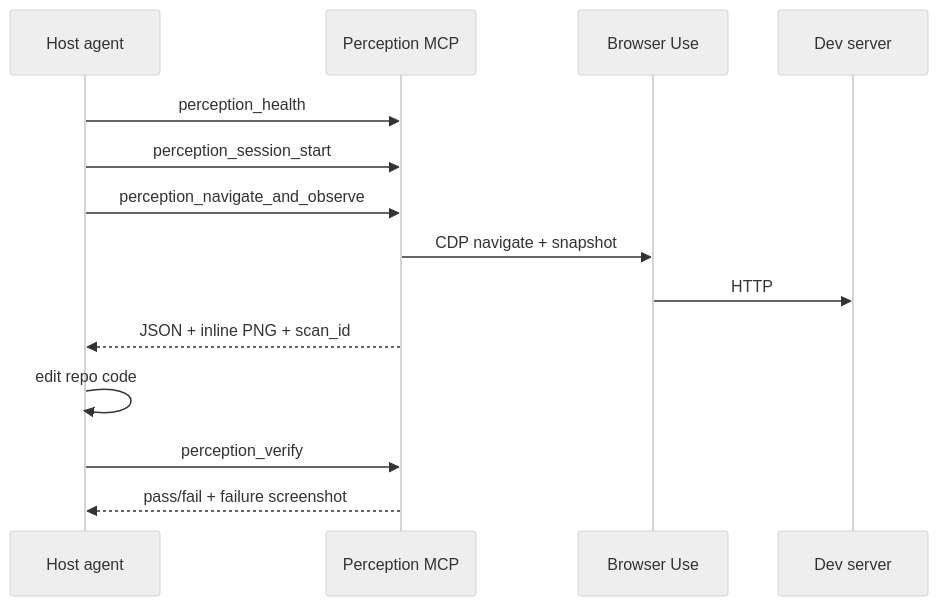
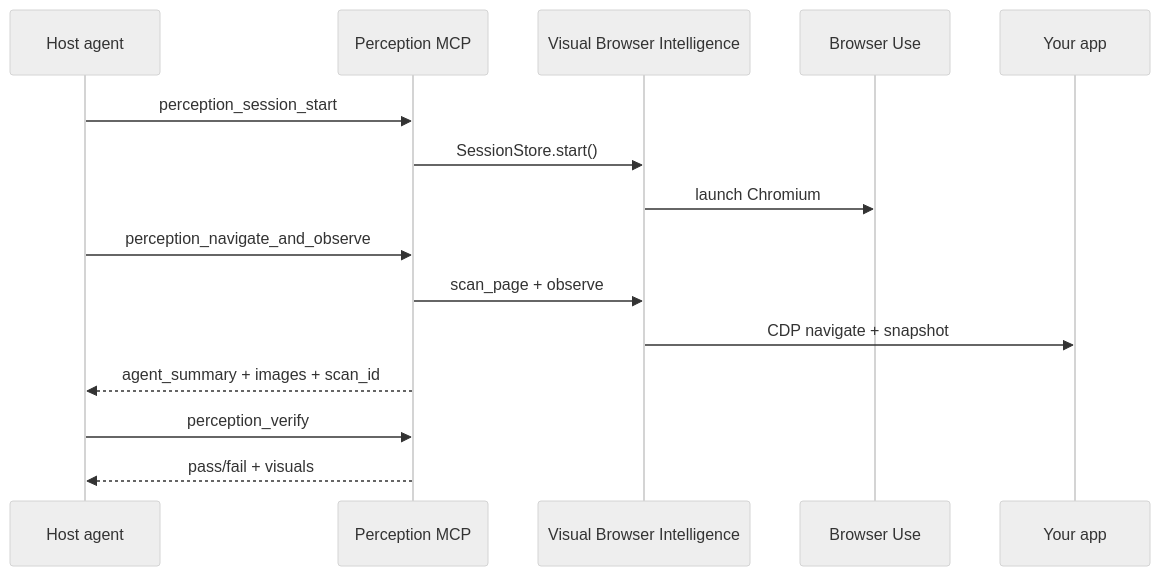
Before and after one commit to Usmansayed/frontend-mcp: the diagram in docs/architecture.md, drawn with Mermaid (neutral theme). The commit also changed other lines of this file and 157 other files, not shown here.

````diff
--- a/docs/architecture.md
+++ b/docs/architecture.md
@@ -76,17 +53,18 @@
 ```mermaid
 sequenceDiagram
     participant Agent as Host agent
     participant MCP as Perception MCP
+    participant VB as Visual Browser Intelligence
     participant BU as Browser Use
-    participant App as Dev server
+    participant App as Your app
 
-    Agent->>MCP: perception_health
     Agent->>MCP: perception_session_start
+    MCP->>VB: SessionStore.start()
+    VB->>BU: launch Chromium
     Agent->>MCP: perception_navigate_and_observe
-    MCP->>BU: CDP navigate + snapshot
-    BU->>App: HTTP
-    MCP-->>Agent: JSON + inline PNG + scan_id
-    Agent->>Agent: edit repo code
+    MCP->>VB: scan_page + observe
+    VB->>App: CDP navigate + snapshot
+    MCP-->>Agent: agent_summary + images + scan_id
     Agent->>MCP: perception_verify
-    MCP-->>Agent: pass/fail + failure screenshot
+    MCP-->>Agent: pass/fail + visuals
 ```
````
